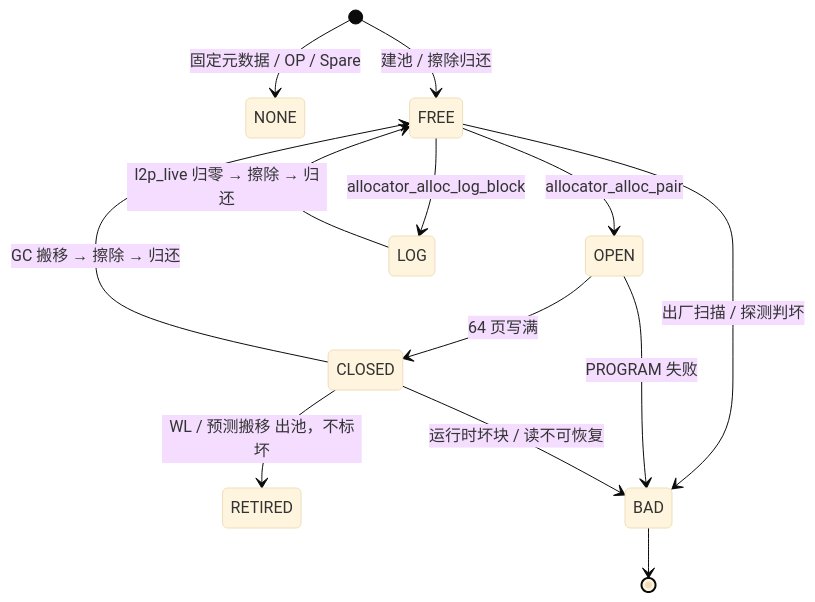
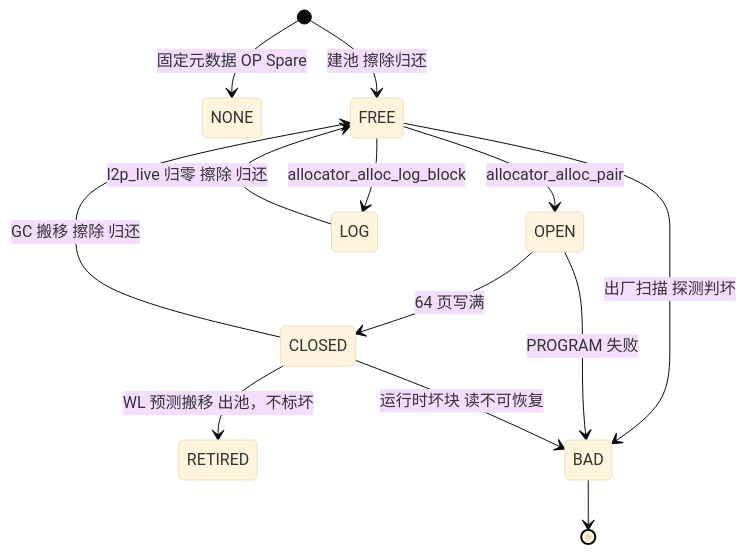
Before and after one commit to YzYMIAO/BASESSD: the third of 28 diagrams in docs/design/ftl_design.md, drawn with Mermaid (base theme). The commit also changed other lines of this file, not shown here.

First line of the commit message:
docs(ftl): 恢复 <br/>、清理 stateDiagram 标签

````diff
--- a/docs/design/ftl_design.md
+++ b/docs/design/ftl_design.md
@@ -739,15 +739,15 @@
 ```mermaid
 stateDiagram-v2
-    [*] --> NONE: 固定元数据 / OP / Spare
-    [*] --> FREE: 建池 / 擦除归还
+    [*] --> NONE: 固定元数据 OP Spare
+    [*] --> FREE: 建池 擦除归还
     FREE --> OPEN: allocator_alloc_pair
     OPEN --> CLOSED: 64 页写满
-    CLOSED --> FREE: GC 搬移 → 擦除 → 归还
-    CLOSED --> RETIRED: WL / 预测搬移 出池，不标坏
+    CLOSED --> FREE: GC 搬移 擦除 归还
+    CLOSED --> RETIRED: WL 预测搬移 出池，不标坏
     FREE --> LOG: allocator_alloc_log_block
-    LOG --> FREE: l2p_live 归零 → 擦除 → 归还
-    FREE --> BAD: 出厂扫描 / 探测判坏
+    LOG --> FREE: l2p_live 归零 擦除 归还
+    FREE --> BAD: 出厂扫描 探测判坏
     OPEN --> BAD: PROGRAM 失败
-    CLOSED --> BAD: 运行时坏块 / 读不可恢复
+    CLOSED --> BAD: 运行时坏块 读不可恢复
     BAD --> [*]
 ```
````
